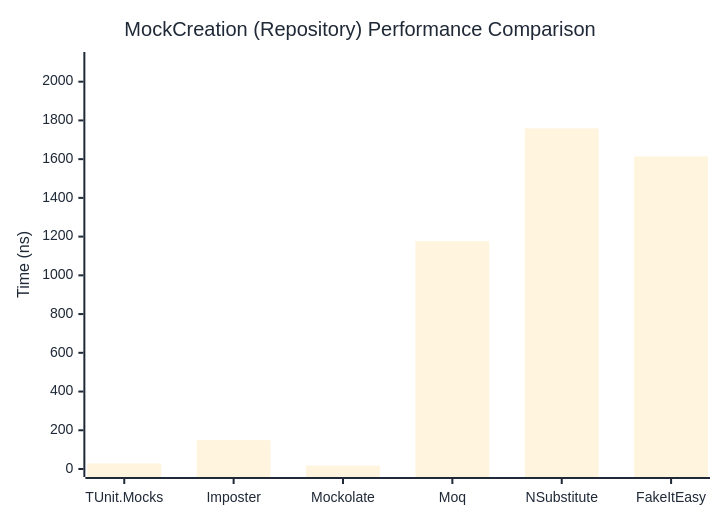
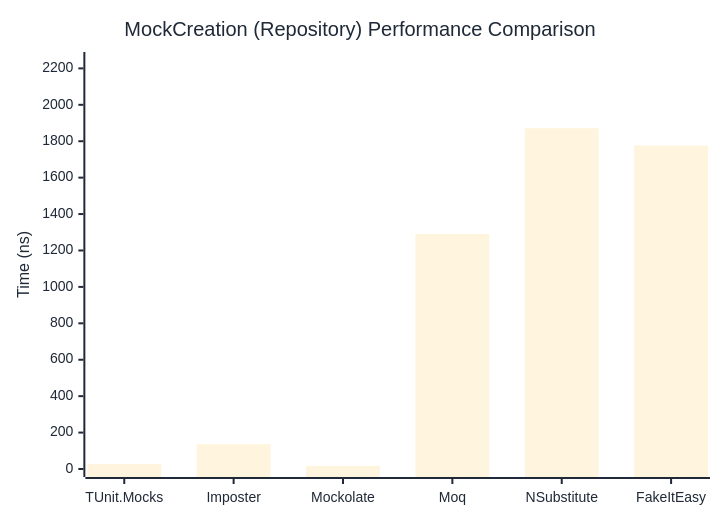
One commit to thomhurst/TUnit changed the second of 2 diagrams in docs/docs/benchmarks/mocks/MockCreation.md. Above: the diagram before and after it, drawn with Mermaid. The commit also changed other lines of this file and 14 other files, not shown here.

````diff
--- a/docs/docs/benchmarks/mocks/MockCreation.md
+++ b/docs/docs/benchmarks/mocks/MockCreation.md
@@ -71,27 +71,27 @@
 ```mermaid
 %%{init: {
   'theme':'base',
   'themeVariables': {
     'primaryColor': '#2563eb',
     'primaryTextColor': '#1f2937',
     'primaryBorderColor': '#1e40af',
     'lineColor': '#6b7280',
     'secondaryColor': '#7c3aed',
     'tertiaryColor': '#dc2626',
     'background': '#ffffff',
     'pie1': '#2563eb',
     'pie2': '#7c3aed',
     'pie3': '#dc2626',
     'pie4': '#f59e0b',
     'pie5': '#10b981',
     'pie6': '#06b6d4',
     'pie7': '#ec4899',
     'pie8': '#6366f1'
   }
 }}%%
 xychart-beta
   title "MockCreation (Repository) Performance Comparison"
   x-axis ["TUnit.Mocks", "Imposter", "Mockolate", "Moq", "NSubstitute", "FakeItEasy"]
-  y-axis "Time (ns)" 0 --> 2112
-  bar [28.72, 149.22, 17.66, 1176.27, 1759.27, 1614.03]
+  y-axis "Time (ns)" 0 --> 2246
+  bar [26.55, 136.28, 17.08, 1290.71, 1871.44, 1776.41]
 ```
````
